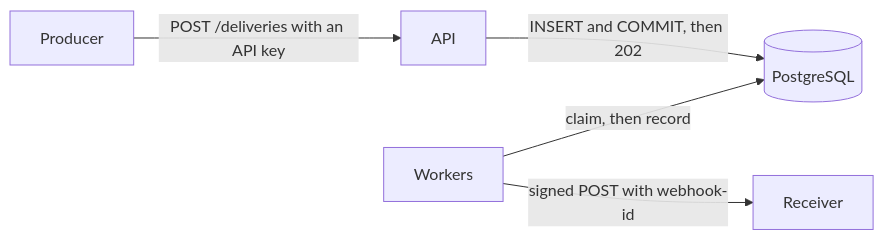
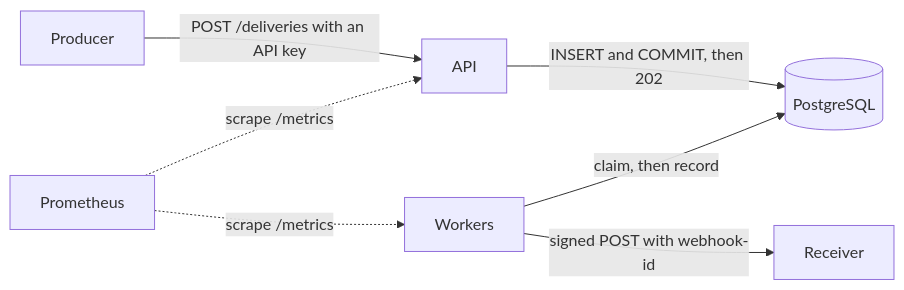
Before and after one commit to DucAnhLe1992/webhook-delivery-service: the diagram in README.md, drawn with Mermaid. The commit also changed other lines of this file and 33 other files, not shown here.

````diff
--- a/README.md
+++ b/README.md
@@ -58,7 +65,9 @@
 ```mermaid
 flowchart LR
     P[Producer] -->|"POST /deliveries with an API key"| API[API]
     API -->|"INSERT and COMMIT, then 202"| DB[(PostgreSQL)]
     W[Workers] -->|"claim, then record"| DB
     W -->|"signed POST with webhook-id"| R[Receiver]
+    M[Prometheus] -.->|"scrape /metrics"| API
+    M -.->|"scrape /metrics"| W
 ```
````
